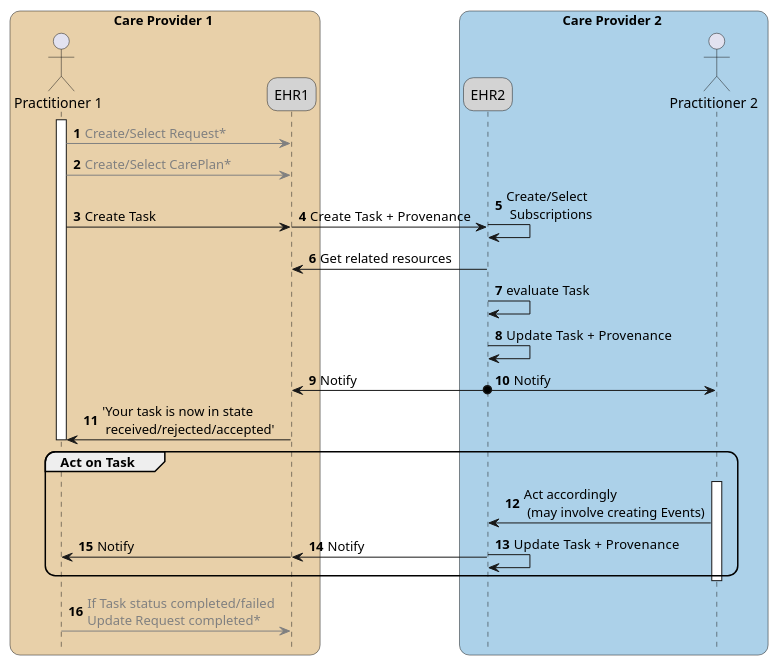
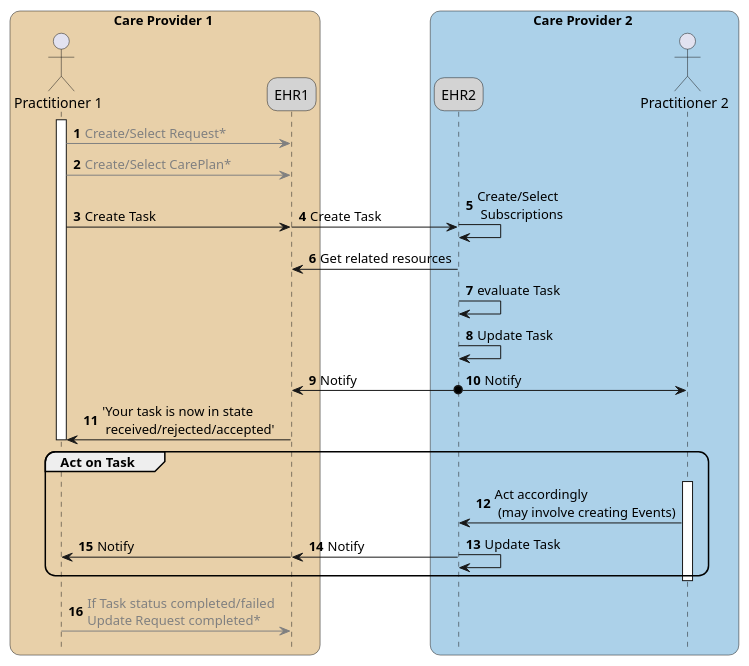
Before and after one commit to SanteonNL/shared-care-planning: the diagram in input/images-source/workflow-base-g.plantuml, drawn with PlantUML. The commit also changed 6 other files, not shown here.

```diff
--- a/input/images-source/workflow-base-g.plantuml
+++ b/input/images-source/workflow-base-g.plantuml
@@ -1,72 +1,72 @@
 @startuml workflow-base-g
 
 skinparam roundcorner 20
 skinparam defaultFontName Arial 
 
 
 !pragma teoz true
 
 box Care Provider 1 #e8d0a9
     actor "Practitioner 1" as P1
     participant "EHR1" as C1 #LightGray
 end box
 box Care Provider 2 #acd1e9
-     participant "EHR2" as C2 #LightGray
+    participant "EHR2" as C2 #LightGray
     actor "Practitioner 2" as P2
 end box
 
 hide footbox
 
 activate P1
 autonumber
 P1 -[#Gray]> C1 : <color #Gray>Create/Select Request*
 P1 -[#Gray]> C1 : <color #Gray>Create/Select CarePlan*
 ' & C1 -> C1 : Find/select CarePlan
 
 P1 -> C1 : Create Task
-& C1 -> C2 : Create Task  + Provenance
+& C1 -> C2 : Create Task
 ' \nand CarePlan (if any)
 & C2 -> C2  : Create/Select\n Subscriptions
 ' \nand CareTeam, CarePlan 
 ' C1 o-> C1 : Notify CareTeam update,\n CarePlan update
 
 C2 -> C1  : Get related resources
 
 
 ' autonumber 10 "<font color=Gray>0"
 '  E2 -[#Gray]> E2 : <color #Gray>evaluate Task\n <color #Gray>(required data,\n <color #Gray>capacity, etc)
 ' &E2 -[#Gray]> C2 : <color #Gray>Need more information
 ' & C2 -[#Gray]> C1  : <color #Gray>Create (sub-)Task2: do\n <color #Gray> Questionnaire 'required data'
 ' & C1 -[#Gray]> C1 : <color #Gray>Notify Task2 created
 ' & C1 -[#Gray]> P1 : <color #Gray>Present Questionnaire\n<color #Gray>(prefill data from EHR)
 
 ' P1 -[#Gray]> C1 : <color #Gray>Complete\n <color #Gray>QuestionnaireResponse
 ' & C1 -[#Gray]> C1 : <color #Gray>Update Task2: Add\n <color #Gray>QuestionnaireResponse
 ' & C1 -[#Gray]> C2 : <color #Gray>Notify Task2 update
 ' & C2 -[#Gray]> E2 : <color #Gray>Notify Task2 update
 
 C2 -> C2 : evaluate Task
 
 ' C2 o-> P2 : Update Task
-C2 -> C2 : Update Task  + Provenance
+C2 -> C2 : Update Task
 C2 -> C1  : Notify
 &C2 o-> P2 : Notify
 ' C1 -> C1  : Update CareTeam, CarePlan
 
 ' \n CareTeam updated\n CarePlan updated
 ' & C1 o-> C2 :Notify CareTeam updated\n CarePlan updated
 C1 -> P1 : 'Your task is now in state \n received/rejected/accepted'
 
 deactivate P1
 group Act on Task
     activate P2
     P2 -> C2 : Act accordingly\n (may involve creating Events) 
-    C2 -> C2 : Update Task  + Provenance
+    C2 -> C2 : Update Task
     &C2 -> C1 : Notify
     &C1 -> P1 : Notify
     deactivate P2
 end 
 P1 -[#Gray]> C1 : <color #Gray>If Task status completed/failed\n<color #Gray>Update Request completed*
 
 
 @enduml
```
